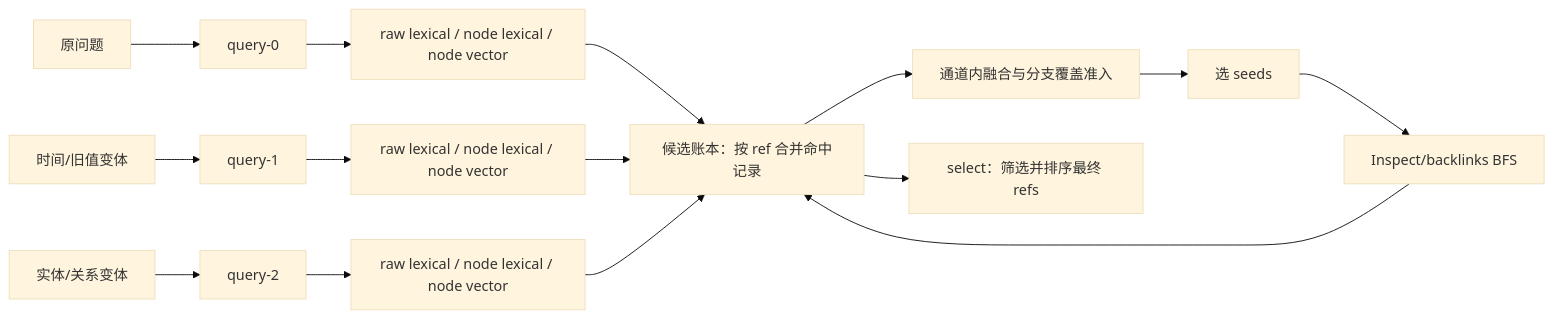
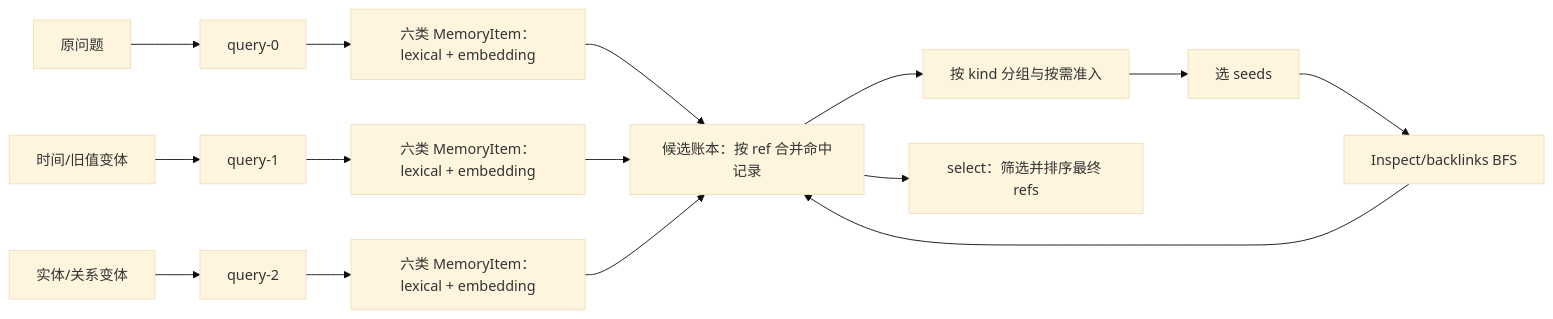
Before and after one commit to Graygoo7529/AM-Link: the third of 3 diagrams in docs/phase-2/method-improvement-plan.md, drawn with Mermaid (base theme). The commit also changed other lines of this file and 2 other files, not shown here.

````diff
--- a/docs/phase-2/method-improvement-plan.md
+++ b/docs/phase-2/method-improvement-plan.md
@@ -114,17 +114,17 @@
 ```mermaid
 flowchart LR
   Q0[原问题] --> R0[query-0]
   Q1[时间/旧值变体] --> R1[query-1]
   Q2[实体/关系变体] --> R2[query-2]
-  R0 --> C0[raw lexical / node lexical / node vector]
-  R1 --> C1[raw lexical / node lexical / node vector]
-  R2 --> C2[raw lexical / node lexical / node vector]
+  R0 --> C0[六类 MemoryItem：lexical + embedding]
+  R1 --> C1[六类 MemoryItem：lexical + embedding]
+  R2 --> C2[六类 MemoryItem：lexical + embedding]
   C0 --> L[候选账本：按 ref 合并命中记录]
   C1 --> L
   C2 --> L
-  L --> F[通道内融合与分支覆盖准入]
+  L --> F[按 kind 分组与按需准入]
   F --> G[选 seeds]
   G --> H[Inspect/backlinks BFS]
   H --> L
   L --> S[select：筛选并排序最终 refs]
 ```
````
